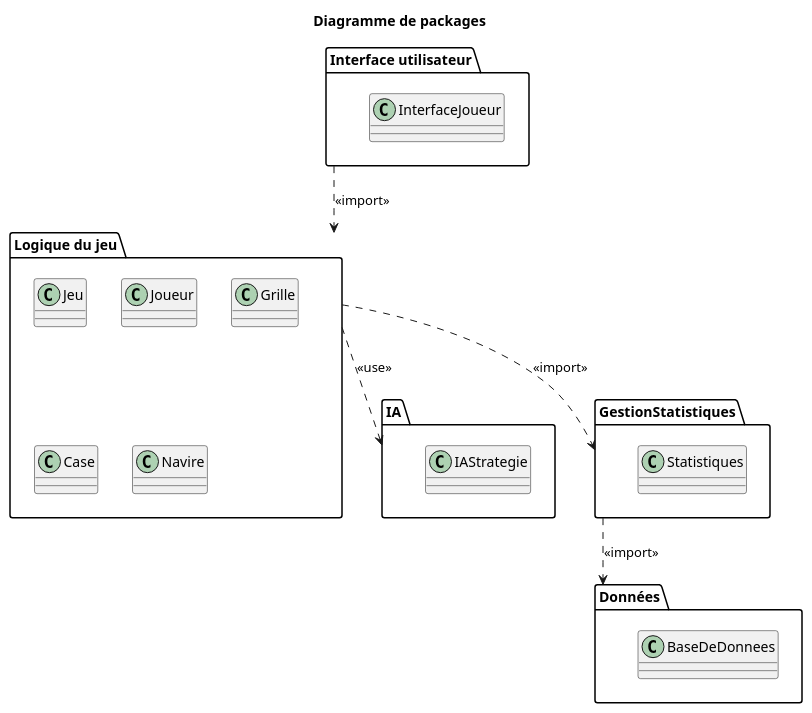
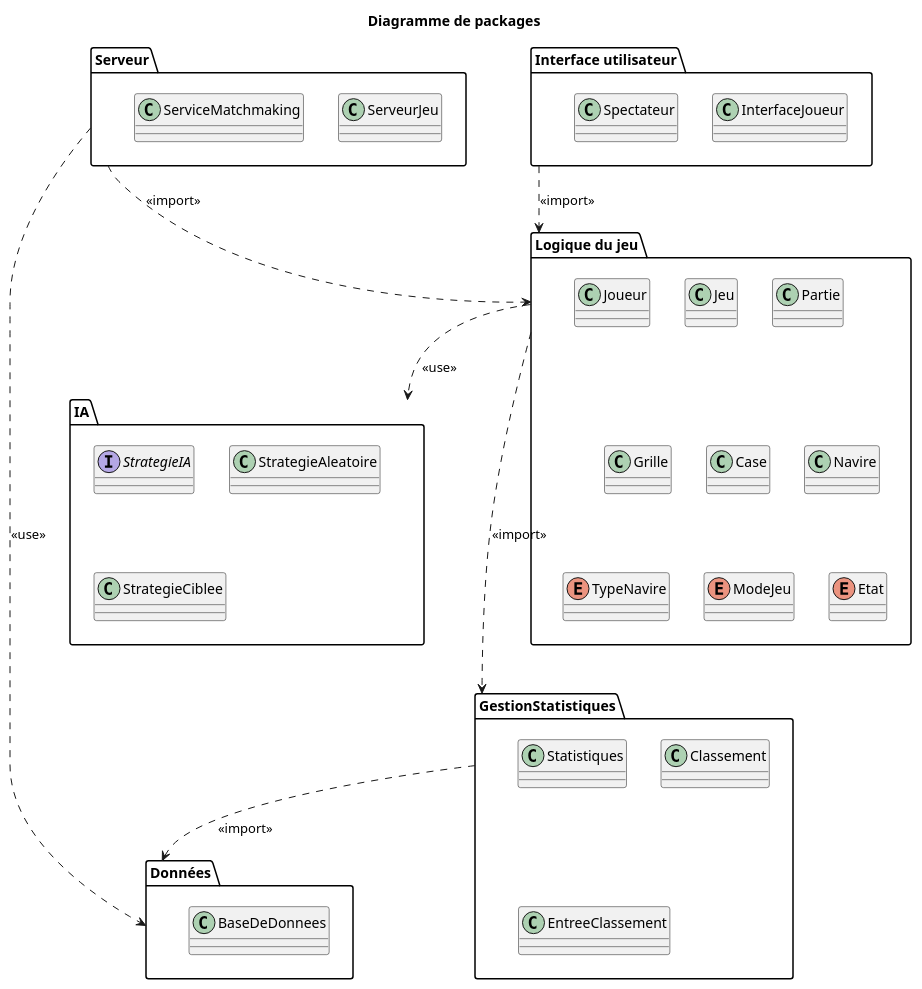
Before and after one commit to Al5uke/equipe9-inf5153-bataille-navale: the diagram in _models/packages_diagram.puml, drawn with PlantUML.

Commit message:
Ajoute des classes dans le diagramme de packages

```diff
--- a/_models/packages_diagram.puml
+++ b/_models/packages_diagram.puml
@@ -1,33 +1,51 @@
 @startuml
 title Diagramme de packages
-
 package "Interface utilisateur" {
-  class "InterfaceJoueur"
+  class InterfaceJoueur
+  class Spectateur
 }
 
 package "Logique du jeu" {
-  class "Jeu"
-  class "Joueur"
-  class "Grille"
-  class "Case"
-  class "Navire"
+  class Jeu
+  class Partie
+  class Joueur
+  class Grille
+  class Case
+  class Navire
+  enum TypeNavire
+  enum ModeJeu
+  enum Etat
 }
 
 package "IA" {
-  class "IAStrategie"
+  interface StrategieIA
+  class StrategieAleatoire
+  class StrategieCiblee
 }
 
 package "GestionStatistiques" {
-  class "Statistiques"
+  class Statistiques
+  class Classement
+  class EntreeClassement
+}
+
+package "Serveur" {
+  class ServeurJeu
+  class ServiceMatchmaking
 }
 
 package "Données" {
-  class "BaseDeDonnees"
+  class BaseDeDonnees
 }
 
 "Interface utilisateur" ..> "Logique du jeu" : <<import>>
 "Logique du jeu" ..> "IA" : <<use>>
 "Logique du jeu" ..> "GestionStatistiques" : <<import>>
 "GestionStatistiques" ..> "Données" : <<import>>
+"Serveur" ..> "Données" : <<use>>
+"Serveur" ..> "Logique du jeu" : <<import>>
+
+
+
 
 @enduml
```
